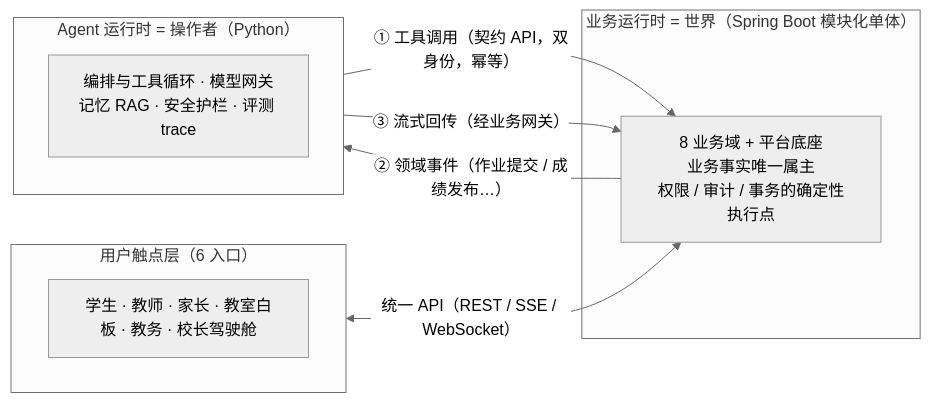
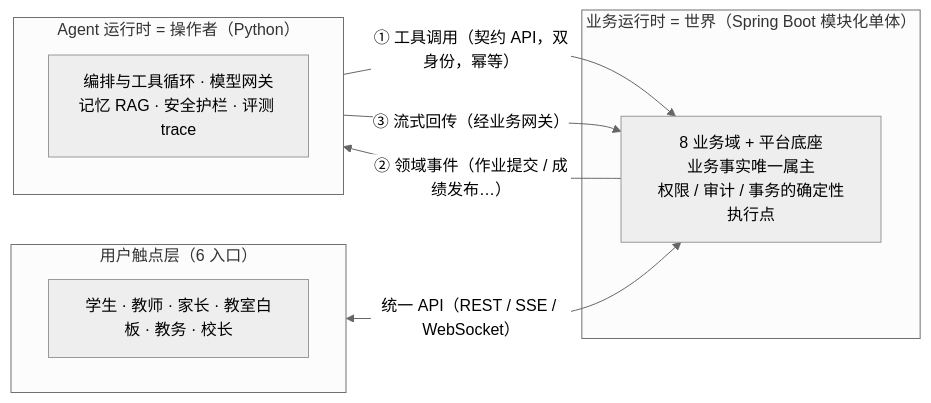
One commit to Jiangcc02/slate changed the diagram in README.md. Above: the diagram before and after it, drawn with Mermaid (neutral theme). The commit also changed other lines of this file and 6 other files, not shown here.

Commit message:
docs: 「校长驾驶舱」全库更名「校长端」，路线图标注学生上课主线范围，README协作表述修正

````diff
--- a/README.md
+++ b/README.md
@@ -19,17 +19,17 @@
 ```mermaid
 flowchart LR
     subgraph UI["用户触点层（6 入口）"]
         direction LR
-        TOUCH["学生 · 教师 · 家长 · 教室白板 · 教务 · 校长驾驶舱"]
+        TOUCH["学生 · 教师 · 家长 · 教室白板 · 教务 · 校长"]
     end
     subgraph WORLD["业务运行时 = 世界（Spring Boot 模块化单体）"]
         DOMAINS["8 业务域 + 平台底座<br/>业务事实唯一属主<br/>权限 / 审计 / 事务的确定性执行点"]
     end
     subgraph AGENT["Agent 运行时 = 操作者（Python）"]
         RUNTIME["编排与工具循环 · 模型网关<br/>记忆 RAG · 安全护栏 · 评测 trace"]
     end
     TOUCH <--> |"统一 API（REST / SSE / WebSocket）"| DOMAINS
     AGENT --> |"① 工具调用（契约 API，双身份，幂等）"| DOMAINS
     DOMAINS --> |"② 领域事件（作业提交 / 成绩发布…）"| AGENT
     AGENT --> |"③ 流式回传（经业务网关）"| DOMAINS
 ```
````
